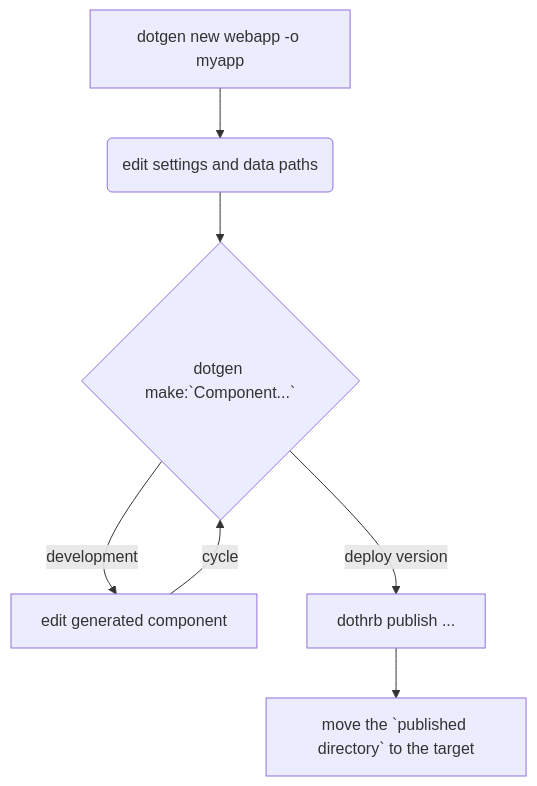
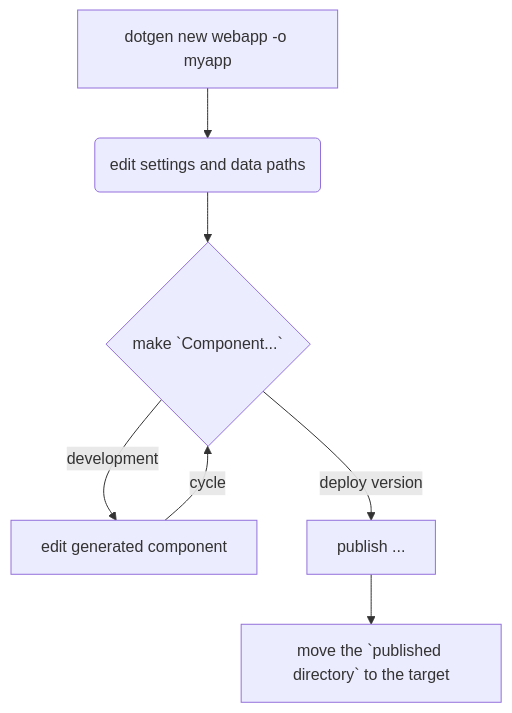
One commit to lfiorini/dothrb-public changed the diagram in README.md. Above: the diagram before and after it, drawn with Mermaid. The commit also changed other lines of this file, not shown here.

````diff
--- a/README.md
+++ b/README.md
@@ -15,9 +15,9 @@
 ```mermaid
 graph TD
     A[dotgen new webapp -o myapp]
     --> B(edit settings and data paths);
-    B --> C{dotgen make:`Component...`};
+    B --> C{make `Component...`};
     C --> |development| D[edit generated component] --> |cycle| C;
-    C --> |deploy version| E[dothrb publish ...]
+    C --> |deploy version| E[publish ...]
     E --> F[move the `published directory` to the target]
 ```
````
